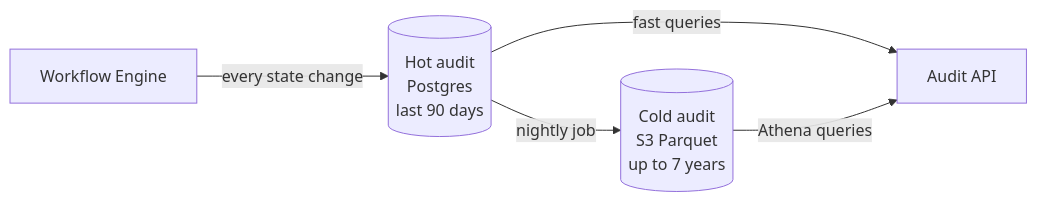
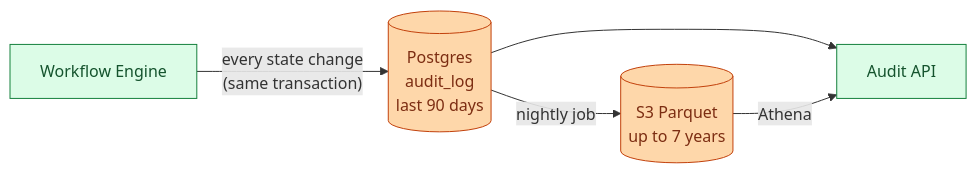
One commit to shiningflash/shiningflash.github.io changed diagram 11 of 16 in _practice/system-design/011-approval-management.md. Above: the diagram before and after it, drawn with Mermaid. The commit also changed other lines of this file and 19 other files, not shown here.

````diff
--- a/_practice/system-design/011-approval-management.md
+++ b/_practice/system-design/011-approval-management.md
@@ -385,7 +488,10 @@
 ```mermaid
 flowchart LR
-    Engine[Workflow Engine] -->|every state change| Hot[("Hot audit<br/>Postgres<br/>last 90 days")]
-    Hot -->|nightly job| Cold[("Cold audit<br/>S3 Parquet<br/>up to 7 years")]
-    Hot -->|fast queries| API1[Audit API]
-    Cold -->|Athena queries| API1
+    E[Workflow Engine]:::app -->|"every state change<br/>(same transaction)"| Hot[("Postgres<br/>audit_log<br/>last 90 days")]:::db
+    Hot -->|nightly job| Cold[("S3 Parquet<br/>up to 7 years")]:::db
+    Hot --> Q1[Audit API]:::app
+    Cold -->|Athena| Q1
+
+    classDef app fill:#dcfce7,stroke:#15803d,color:#14532d
+    classDef db fill:#fed7aa,stroke:#c2410c,color:#7c2d12
 ```
````
